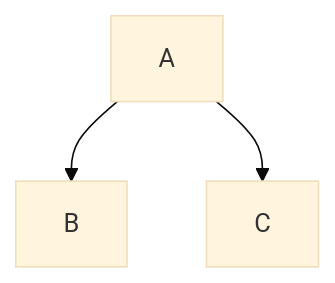
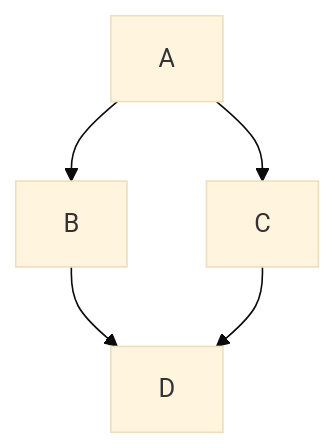
One commit to SchroedingersBit/PfortGTPanama changed the diagram in Programme/Hindernisrennen/README.md. Above: the diagram before and after it, drawn with Mermaid (base theme).

````diff
--- a/Programme/Hindernisrennen/README.md
+++ b/Programme/Hindernisrennen/README.md
@@ -4,4 +4,4 @@
 ```mermaid
-graph TB;A --> B;
-A-->C
+graph TB;A --> B-->D;
+A-->C-->D
 ```
````
